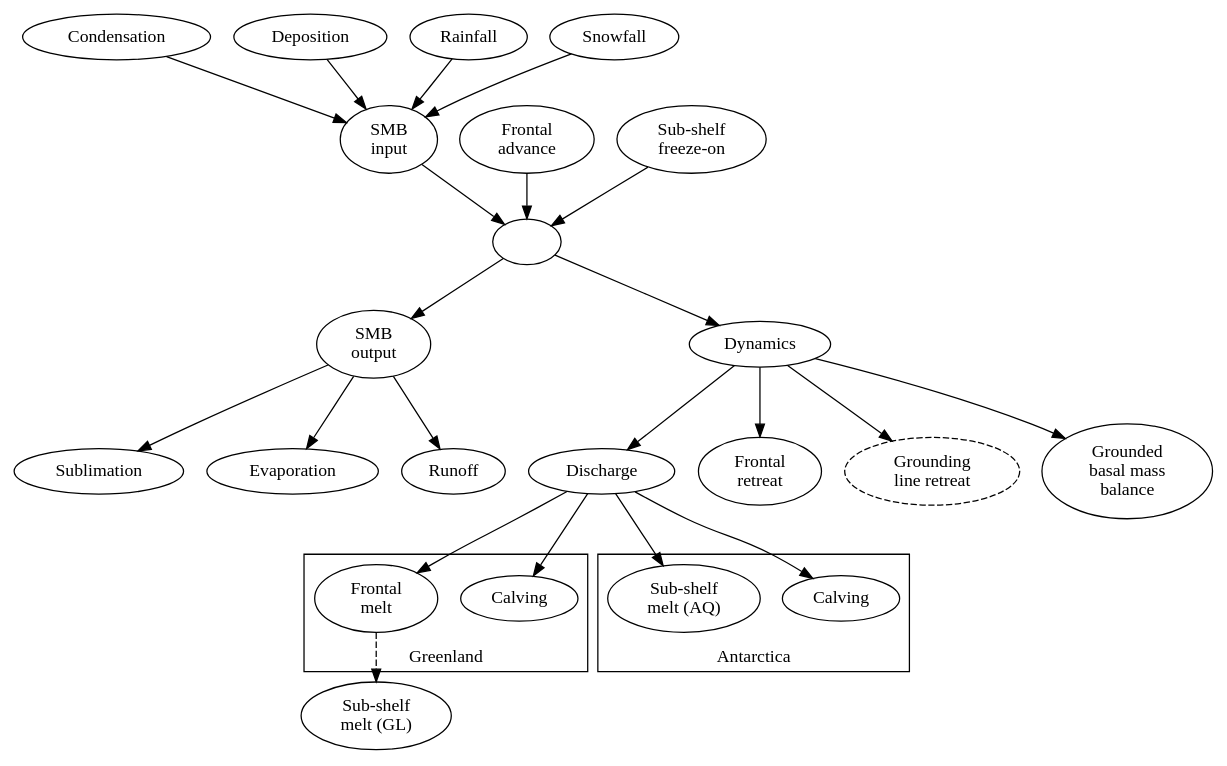
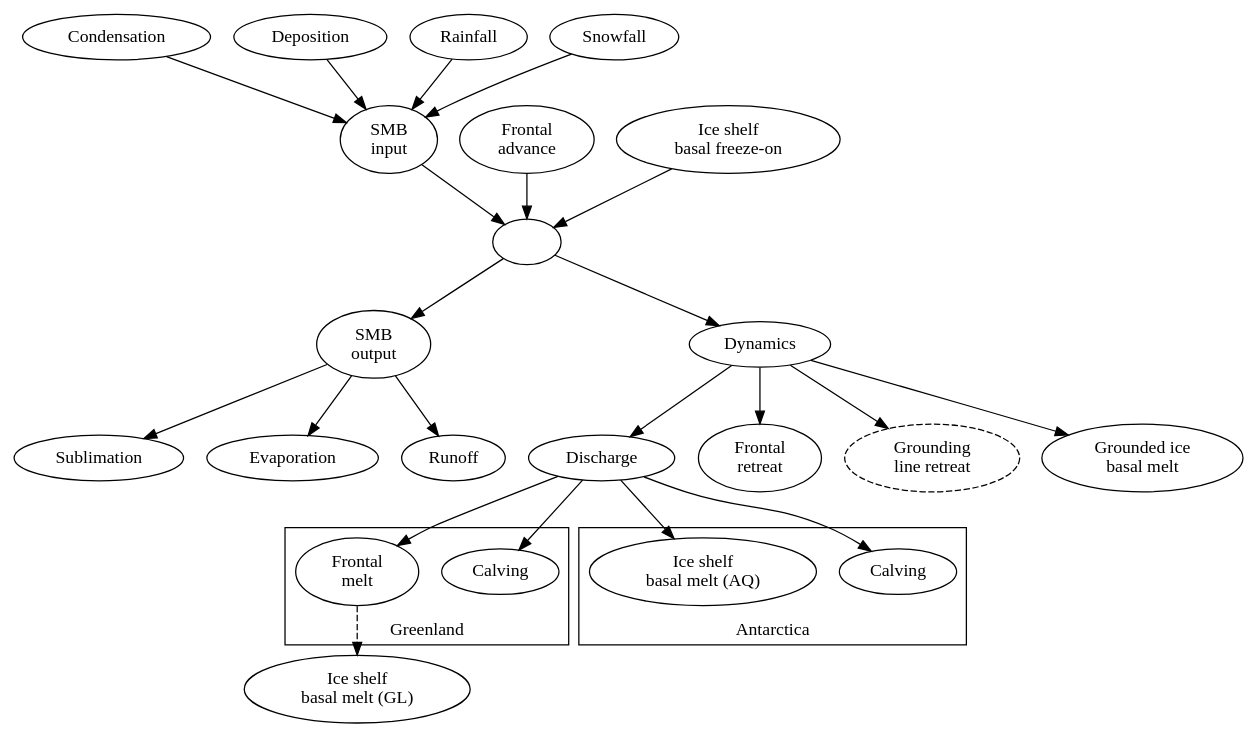
Before and after one commit to mankoff/sankey: the diagram in README.org, drawn with Graphviz. The commit also changed other lines of this file and 12 other files, not shown here.

```diff
--- a/README.org
+++ b/README.org
@@ -63,80 +63,80 @@
 #+BEGIN_SRC dot :file flowchart.png :exports results
 digraph G {
 
 cd[label="Condensation"]
 dp[label="Deposition"]
 rf[label="Rainfall"]
 sf[label="Snowfall"]
 smbin[label="SMB\ninput"]
 frontadv[label="Frontal\nadvance"]
-shelffreeze[label="Sub-shelf\nfreeze-on"]
+shelffreeze[label="Ice shelf\nbasal freeze-on"]
 IO[label = ""]
 
 smbout[label="SMB\noutput"]
 su[label="Sublimation"]
 ev[label="Evaporation"]
 ru[label="Runoff"]
 
 dyn[label="Dynamics"]
 # submelt[label="Submarine\nmelt"]
 discharge[label="Discharge"]
 
 calvGL[label="Calving"]
 frontmeltGL[label="Frontal\nmelt"]
-shelfmeltGL[label="Sub-shelf\nmelt (GL)"]
+shelfmeltGL[label="Ice shelf\nbasal melt (GL)"]
 
 calvAQ[label="Calving"]
 # frontmeltAQ[label="Frontal\nmelt"]
-shelfmeltAQ[label="Sub-shelf\nmelt (AQ)"]
+shelfmeltAQ[label="Ice shelf\nbasal melt (AQ)"]
 
 frontret[label="Frontal\nretreat"]
 gzret[label="Grounding\nline retreat", style="dashed"]
-bmb[label="Grounded\nbasal mass\nbalance"]
+bmb[label="Grounded ice\nbasal melt"]
 
 subgraph cluster_GL{
   rank="same"
   label = "Greenland"
   labelloc = "b"
   calvGL
   frontmeltGL
 }
 discharge -> calvGL
 discharge -> frontmeltGL
 frontmeltGL -> shelfmeltGL [style="dashed"]
 
 subgraph cluster_AQ{
   rank="same"
   label = "Antarctica"
   labelloc = "b"
   calvAQ
   shelfmeltAQ
 }
 discharge -> calvAQ
 discharge -> shelfmeltAQ
 
 cd -> smbin
 dp -> smbin
 rf -> smbin
 sf -> smbin
 
 smbin -> IO
 frontadv -> IO
 shelffreeze -> IO
 
 IO -> smbout # [label="su + ev + ru"]
 smbout -> su
 smbout -> ev
 smbout -> ru
 
 IO -> dyn # [label="smb_in - smb_out"]
 dyn -> discharge
 
 dyn -> frontret
 dyn -> gzret
 
 dyn -> bmb
 
 # ml[label="Mass\nloss", penwidth=3, color=red]
 # ml -> Output
 }
 #+END_SRC
```
